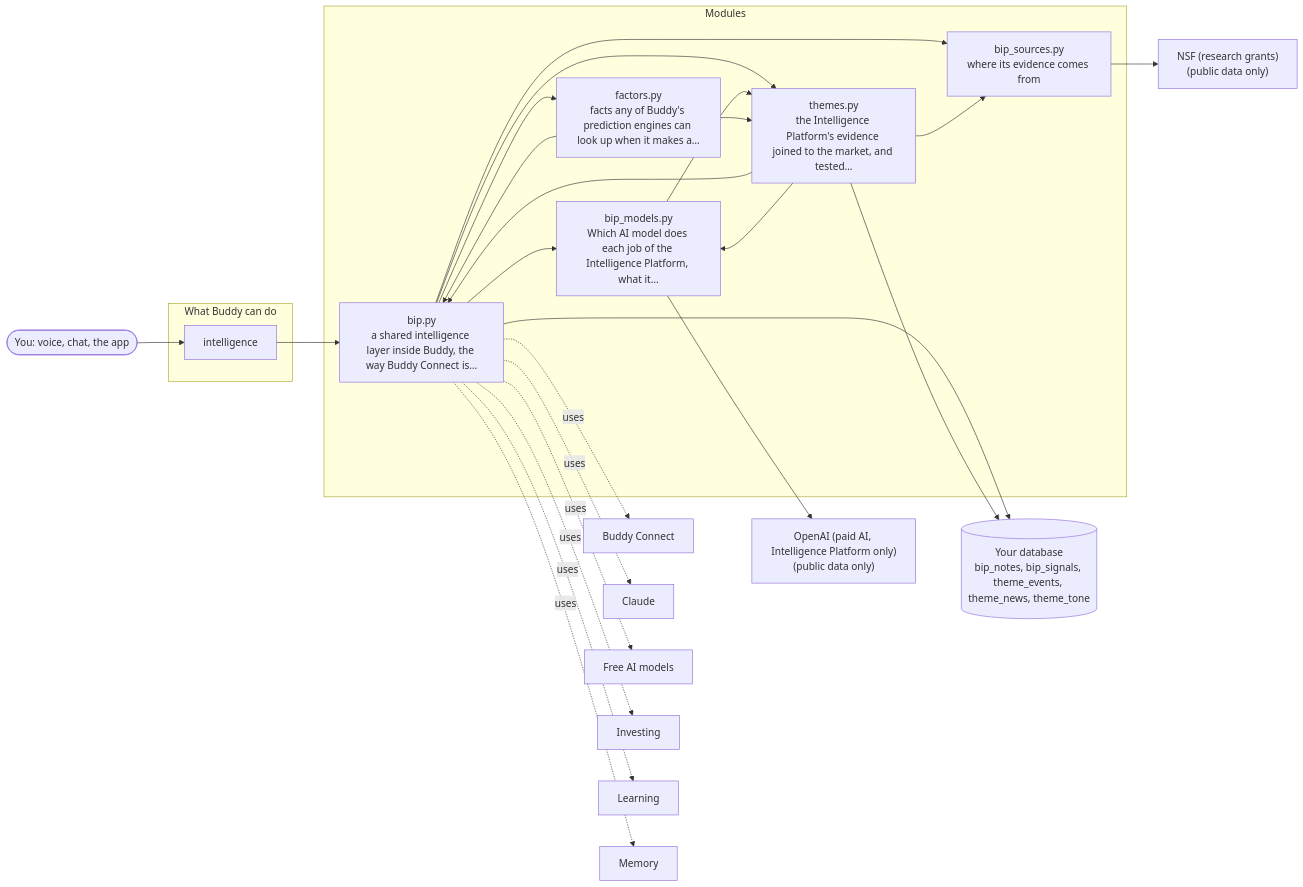
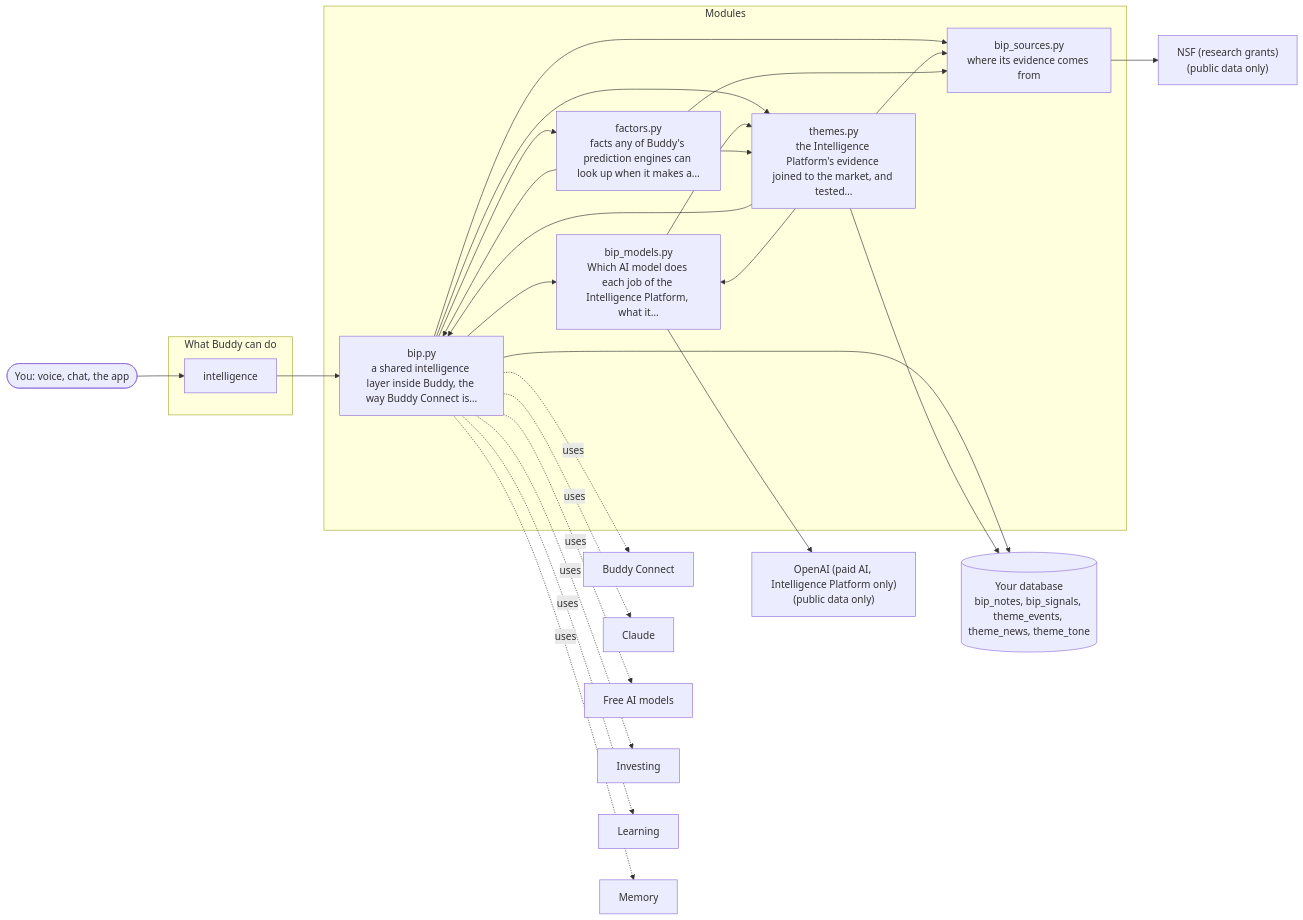
The diagram in docs/architecture/20-buddy-intelligence-platform.md (aneesh304810/BuddyAgent), drawn with Mermaid before and after one commit. The commit also changed other lines of this file and 12 other files, not shown here.

````diff
--- a/docs/architecture/20-buddy-intelligence-platform.md
+++ b/docs/architecture/20-buddy-intelligence-platform.md
@@ -7,45 +7,46 @@
 ```mermaid
 flowchart LR
     you(["You: voice, chat, the app"])
     subgraph Tools["What Buddy can do"]
         t_intelligence["intelligence"]
     end
     subgraph Modules["Modules"]
         bip_py["bip.py<br/>a shared intelligence layer inside Buddy, the way Buddy Connect is…"]
         bip_sources_py["bip_sources.py<br/>where its evidence comes from"]
         themes_py["themes.py<br/>the Intelligence Platform's evidence joined to the market, and tested…"]
         bip_models_py["bip_models.py<br/>Which AI model does each job of the Intelligence Platform, what it…"]
         factors_py["factors.py<br/>facts any of Buddy's prediction engines can look up when it makes a…"]
     end
     you --> t_intelligence
     t_intelligence --> bip_py
     bip_py --> bip_models_py
     bip_py --> bip_sources_py
     bip_py --> factors_py
     bip_py --> themes_py
     themes_py --> bip_py
     themes_py --> bip_models_py
     themes_py --> bip_sources_py
     bip_models_py --> themes_py
     factors_py --> bip_py
+    factors_py --> bip_sources_py
     factors_py --> themes_py
     db[("Your database<br/>bip_notes, bip_signals, theme_events, theme_news, theme_tone")]
     bip_py --> db
     themes_py --> db
     s_nsf["NSF (research grants)<br/>(public data only)"]
     bip_sources_py --> s_nsf
     s_openai["OpenAI (paid AI, Intelligence Platform only)<br/>(public data only)"]
     bip_models_py --> s_openai
     o_0["Buddy Connect"]
     bip_py -. uses .-> o_0
     o_1["Claude"]
     bip_py -. uses .-> o_1
     o_2["Free AI models"]
     bip_py -. uses .-> o_2
     o_3["Investing"]
     bip_py -. uses .-> o_3
     o_4["Learning"]
     bip_py -. uses .-> o_4
     o_5["Memory"]
     bip_py -. uses .-> o_5
 ```
````
